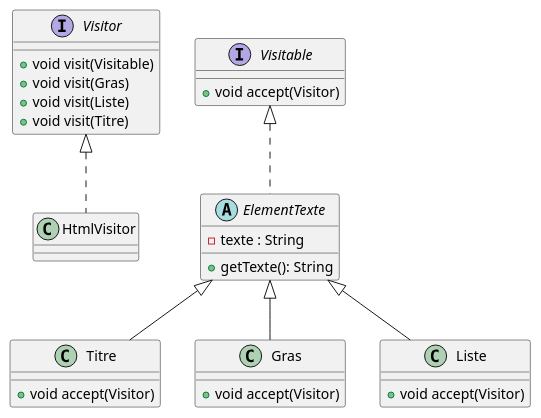
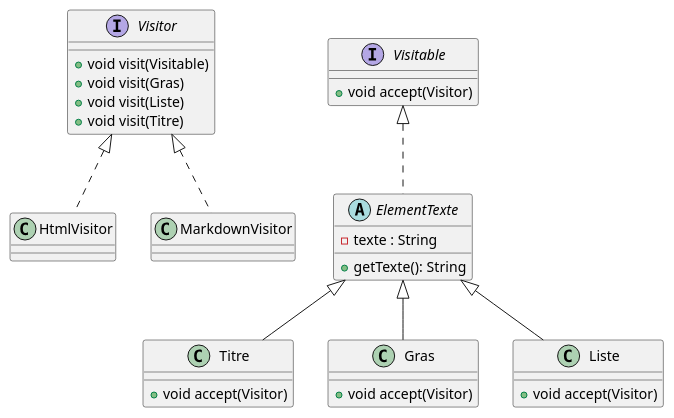
The diagram in src/uml/visitor.puml (jandry/design-pattern), drawn with PlantUML before and after one commit. The commit also changed 2 other files, not shown here.

```diff
--- a/src/uml/visitor.puml
+++ b/src/uml/visitor.puml
@@ -1,42 +1,46 @@
 @startuml Visitor
 
 interface Visitor {
     + void visit(Visitable)
     + void visit(Gras)
     + void visit(Liste)
     + void visit(Titre)
 }
 
 class HtmlVisitor
 
 Visitor <|.. HtmlVisitor
+
+class MarkdownVisitor
+
+Visitor <|.. MarkdownVisitor
 
 interface Visitable {
     + void accept(Visitor)
 }
 
 class Titre {
     + void accept(Visitor)
 
 }
 class Gras {
     + void accept(Visitor)
 }
 
 class Liste {
     + void accept(Visitor)
 }
 
 abstract ElementTexte {
     - texte : String
     + getTexte(): String
 }
 
 Visitable <|.. ElementTexte
 
 ElementTexte <|-- Liste
 ElementTexte <|-- Titre
 ElementTexte <|-- Gras
 
 
 @enduml
```
